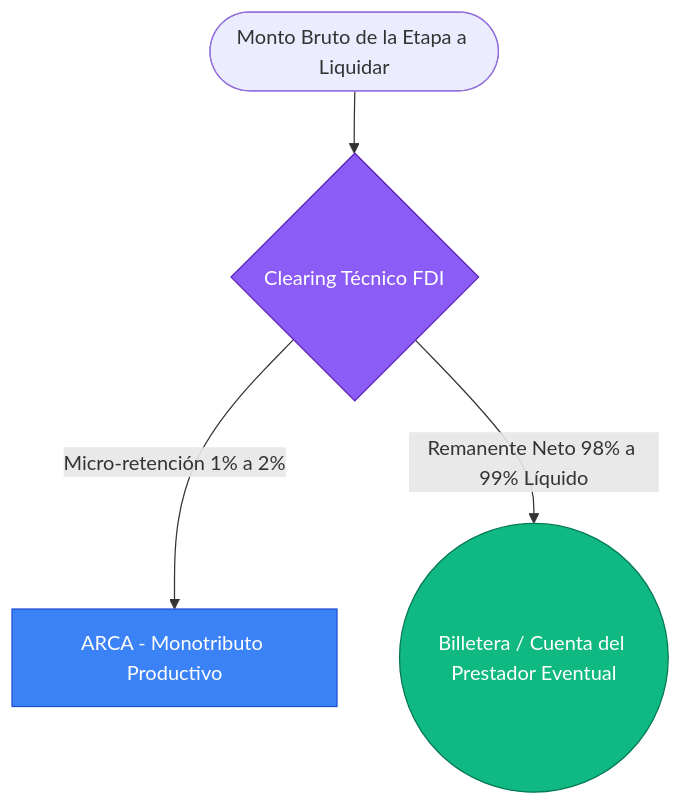
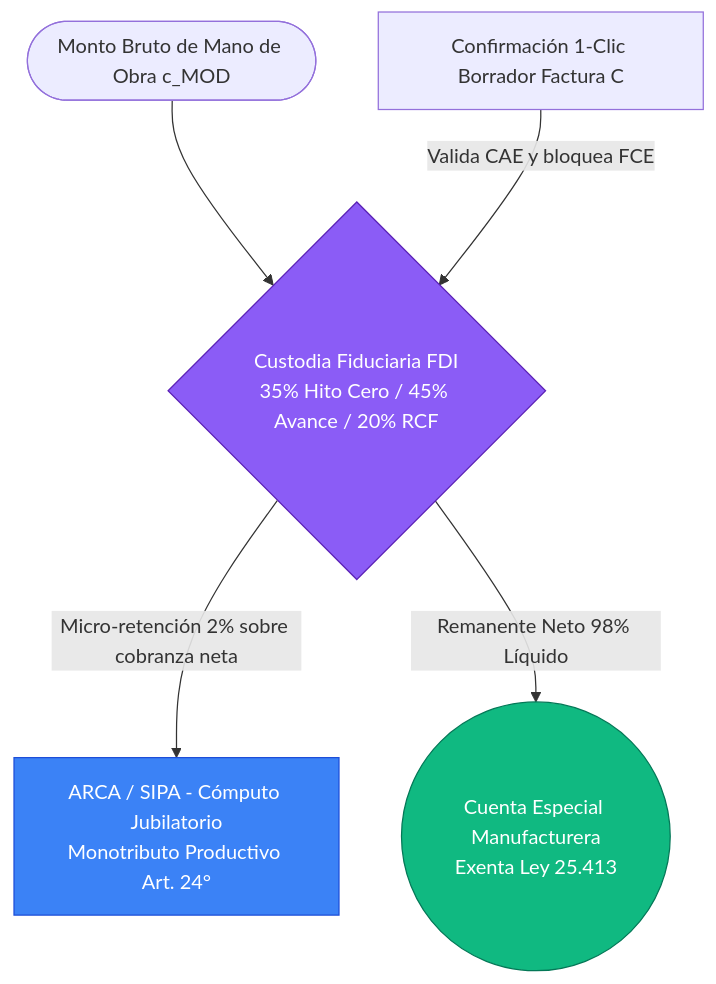
The second of 2 diagrams in docs/md/dossier_fimca_addenda1.md (sarthouse/indinopy), drawn with Mermaid before and after one commit. The commit also changed other lines of this file and 24 other files, not shown here.

````diff
--- a/docs/md/dossier_fimca_addenda1.md
+++ b/docs/md/dossier_fimca_addenda1.md
@@ -410,10 +418,11 @@
 ```mermaid
 flowchart TD
-    A([Monto Bruto de la Etapa a Liquidar]) --> B{Clearing Técnico FDI}
-    B -->|Micro-retención 1% a 2%| D[ARCA - Monotributo Productivo]
-    B -->|Remanente Neto 98% a 99% Líquido| F((Billetera / Cuenta del Prestador Eventual))
+    A([Monto Bruto de Mano de Obra c_MOD]) --> B{Custodia Fiduciaria FDI<br/>35% Hito Cero / 45% Avance / 20% RCF}
+    B -->|Micro-retención 2% sobre cobranza neta| D[ARCA / SIPA - Cómputo Jubilatorio<br/>Monotributo Productivo Art. 24°]
+    B -->|Remanente Neto 98% Líquido| F((Cuenta Especial Manufacturera<br/>Exenta Ley 25.413))
+    E[Confirmación 1-Clic Borrador Factura C] -->|Valida CAE y bloquea FCE| B
     
     style B fill:#8b5cf6,stroke:#5b21b6,color:#fff
     style D fill:#3b82f6,stroke:#1d4ed8,color:#fff
     style F fill:#10b981,stroke:#047857,color:#fff
 ```
````
